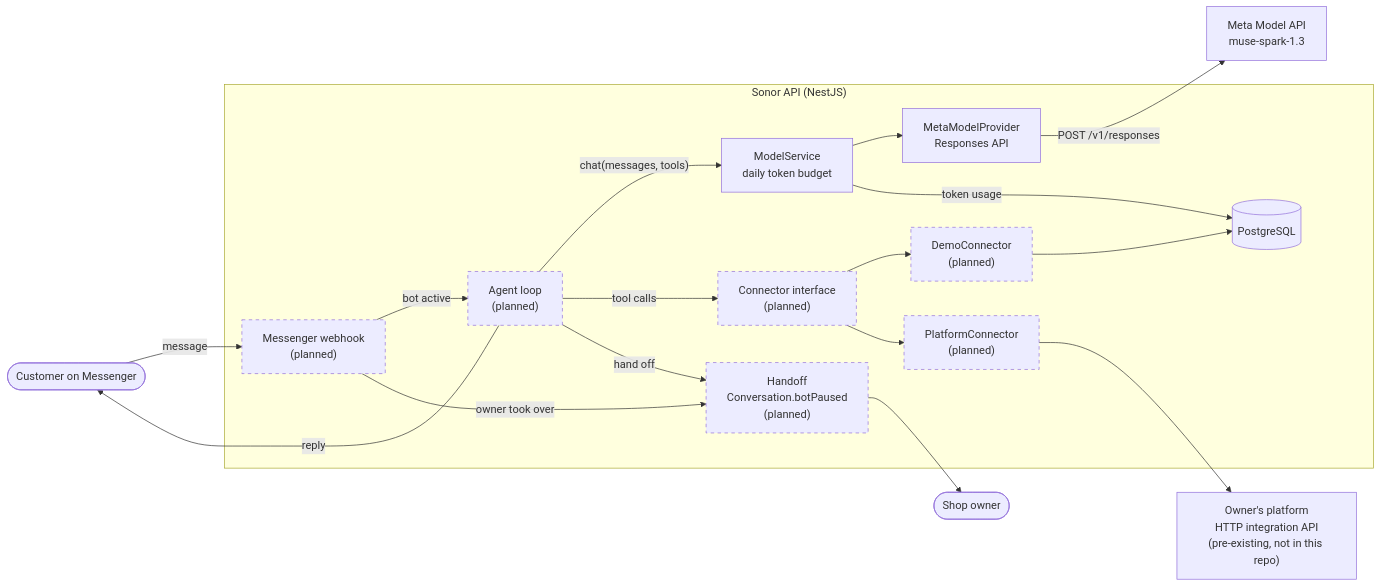
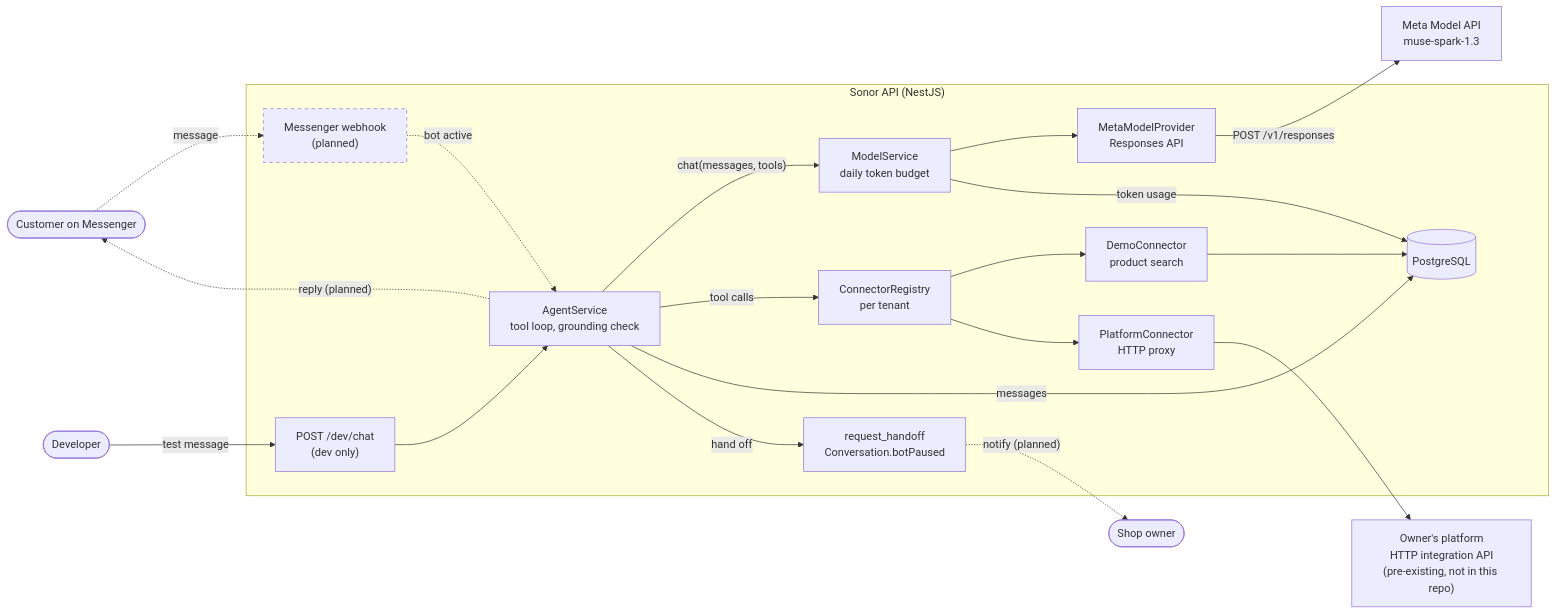
Before and after one commit to turbold24/sonor: the diagram in README.md, drawn with Mermaid. The commit also changed other lines of this file, not shown here.

First line of the commit message:
docs: update README for the reply loop, connectors and eval

````diff
--- a/README.md
+++ b/README.md
@@ -57,38 +66,42 @@
 ```mermaid
 flowchart LR
     customer(["Customer on Messenger"])
+    developer(["Developer"])
     owner(["Shop owner"])
     meta["Meta Model API<br/>muse-spark-1.3"]
     platformApi["Owner's platform<br/>HTTP integration API<br/>(pre-existing, not in this repo)"]
 
     subgraph sonor ["Sonor API (NestJS)"]
         webhook["Messenger webhook<br/>(planned)"]
-        agent["Agent loop<br/>(planned)"]
+        devchat["POST /dev/chat<br/>(dev only)"]
+        agent["AgentService<br/>tool loop, grounding check"]
         model["ModelService<br/>daily token budget"]
         provider["MetaModelProvider<br/>Responses API"]
-        connectors["Connector interface<br/>(planned)"]
-        demo["DemoConnector<br/>(planned)"]
-        platform["PlatformConnector<br/>(planned)"]
-        handoff["Handoff<br/>Conversation.botPaused<br/>(planned)"]
+        connectors["ConnectorRegistry<br/>per tenant"]
+        demo["DemoConnector<br/>product search"]
+        platform["PlatformConnector<br/>HTTP proxy"]
+        handoff["request_handoff<br/>Conversation.botPaused"]
         db[("PostgreSQL")]
     end
 
-    customer -->|message| webhook
-    webhook -->|bot active| agent
-    webhook -->|owner took over| handoff
+    customer -.->|message| webhook
+    webhook -.->|bot active| agent
+    developer -->|test message| devchat
+    devchat --> agent
     agent -->|"chat(messages, tools)"| model
     model --> provider
     provider -->|"POST /v1/responses"| meta
     agent -->|tool calls| connectors
     connectors --> demo
     connectors --> platform
     demo --> db
     platform --> platformApi
     model -->|token usage| db
+    agent -->|messages| db
     agent -->|hand off| handoff
-    handoff --> owner
-    agent -->|reply| customer
+    handoff -.->|"notify (planned)"| owner
+    agent -.->|"reply (planned)"| customer
 
     classDef planned stroke-dasharray: 5 5
-    class webhook,agent,connectors,demo,platform,handoff planned
+    class webhook planned
 ```
````
